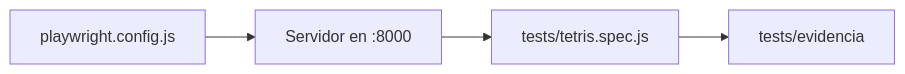
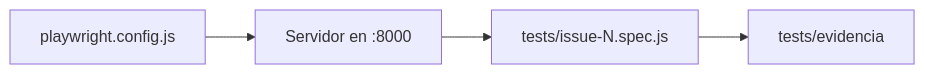
Before and after one commit to p8751771-hue/claude-tetris: the diagram in docs/qa/framework-pruebas.md, drawn with Mermaid. The commit also changed other lines of this file and 5 other files, not shown here.

````diff
--- a/docs/qa/framework-pruebas.md
+++ b/docs/qa/framework-pruebas.md
@@ -16,6 +16,6 @@
 ```mermaid
 flowchart LR
   A[playwright.config.js] --> B[Servidor en :8000]
-  B --> C[tests/tetris.spec.js]
+  B --> C[tests/issue-N.spec.js]
   C --> D[tests/evidencia]
 ```
````
